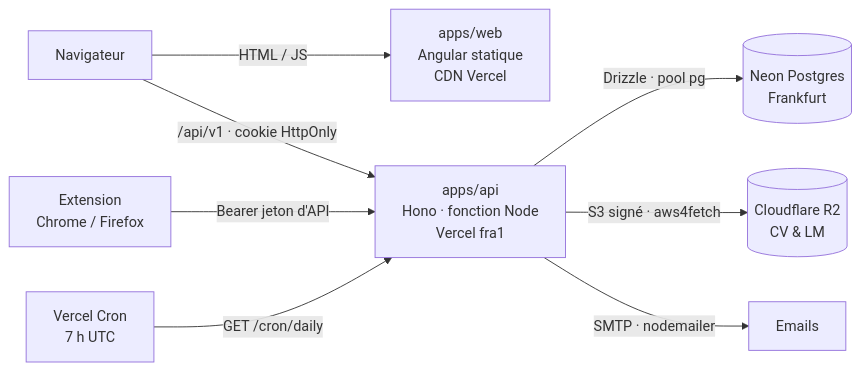
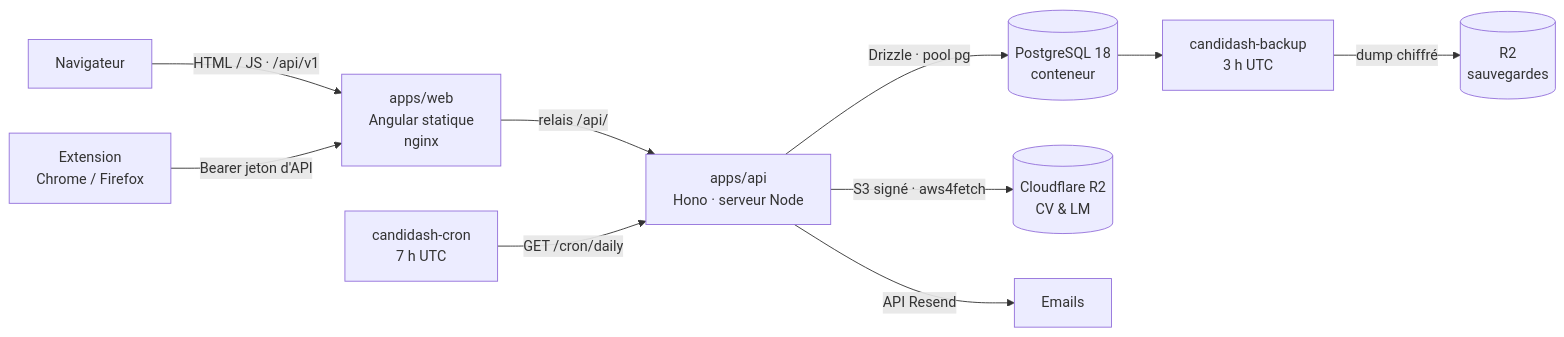
Before and after one commit to j-ned/candidash-app: the first of 2 diagrams in README.md, drawn with Mermaid. The commit also changed other lines of this file, not shown here.

First line of the commit message:
docs: le README décrit l'hébergement sur le serveur

````diff
--- a/README.md
+++ b/README.md
@@ -121,10 +122,12 @@
 ```mermaid
 graph LR
-  U[Navigateur] -->|HTML / JS| WEB[apps/web<br/>Angular statique<br/>CDN Vercel]
-  U -->|/api/v1 · cookie HttpOnly| API[apps/api<br/>Hono · fonction Node<br/>Vercel fra1]
-  EXT[Extension<br/>Chrome / Firefox] -->|Bearer jeton d'API| API
-  API -->|Drizzle · pool pg| DB[(Neon Postgres<br/>Frankfurt)]
+  U[Navigateur] -->|HTML / JS · /api/v1| WEB[apps/web<br/>Angular statique<br/>nginx]
+  EXT[Extension<br/>Chrome / Firefox] -->|Bearer jeton d'API| WEB
+  WEB -->|relais /api/| API[apps/api<br/>Hono · serveur Node]
+  API -->|Drizzle · pool pg| DB[(PostgreSQL 18<br/>conteneur)]
   API -->|S3 signé · aws4fetch| R2[(Cloudflare R2<br/>CV & LM)]
-  API -->|SMTP · nodemailer| MAIL[Emails]
-  CRON[Vercel Cron<br/>7 h UTC] -->|GET /cron/daily| API
+  API -->|API Resend| MAIL[Emails]
+  CRON[candidash-cron<br/>7 h UTC] -->|GET /cron/daily| API
+  BACKUP[candidash-backup<br/>3 h UTC] -->|dump chiffré| R2B[(R2<br/>sauvegardes)]
+  DB --> BACKUP
 ```
````
